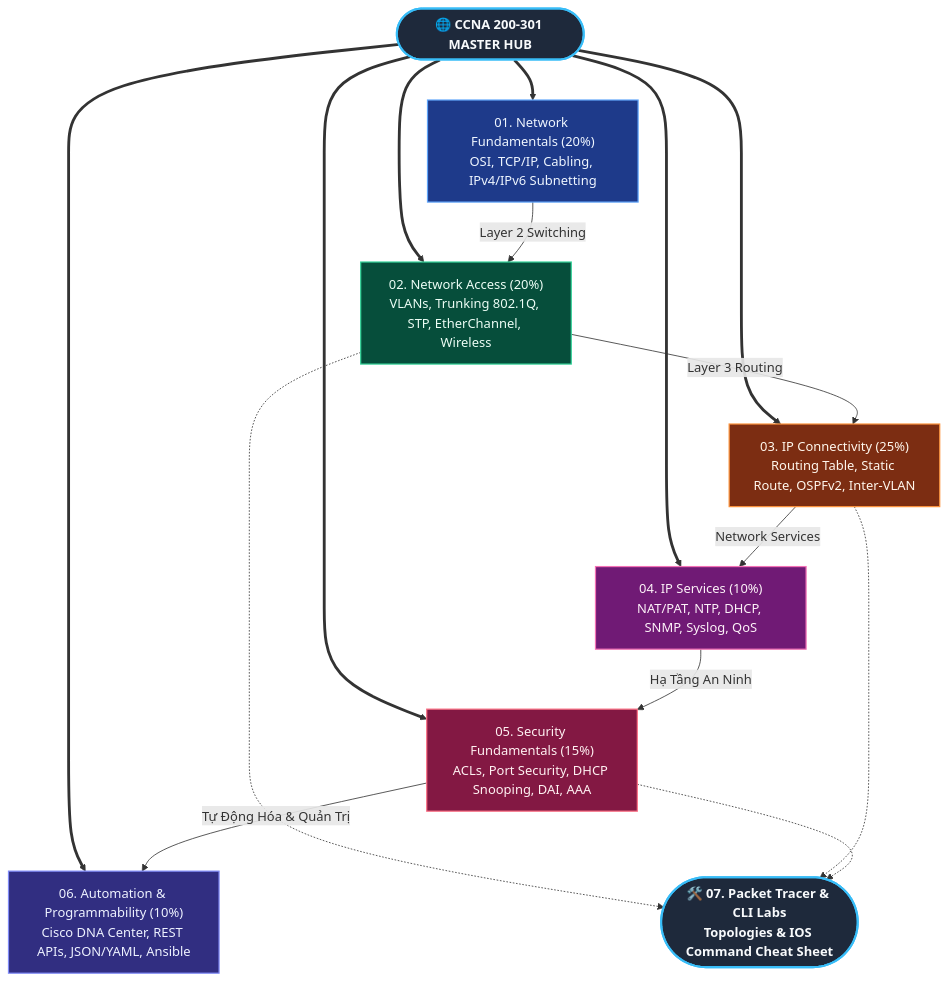
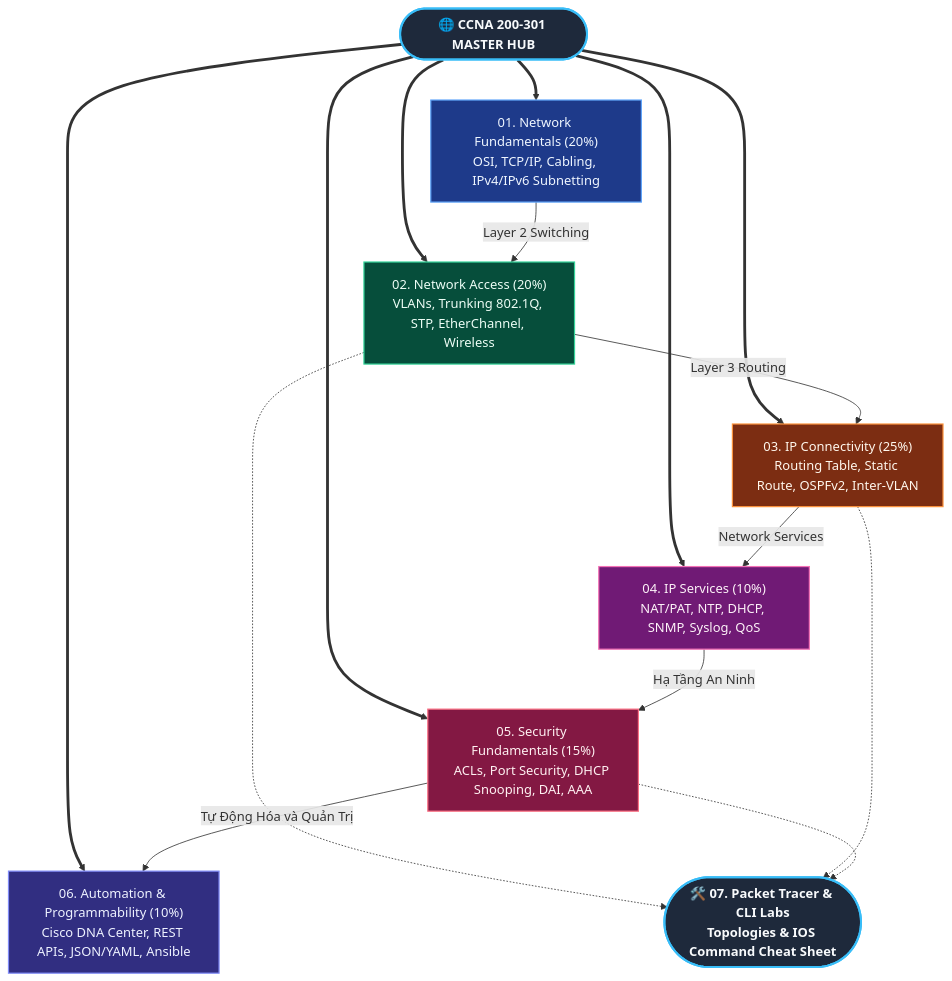
Before and after one commit to longhalo1803/second-brain: the diagram in Network-CCNA/00 - Maps of Content/00 - Master Dashboard.md, drawn with Mermaid. The commit also changed other lines of this file and 59 other files, not shown here.

Commit message:
feat(DSA-knowledge): update metadata, mermaid diagrams, and formatting across knowledge base notes

````diff
--- a/Network-CCNA/00 - Maps of Content/00 - Master Dashboard.md
+++ b/Network-CCNA/00 - Maps of Content/00 - Master Dashboard.md
@@ -29,38 +29,38 @@
 ```mermaid
 flowchart TD
     classDef main fill:#1e293b,stroke:#38bdf8,stroke-width:2.5px,color:#f8fafc,font-weight:bold;
     classDef l1 fill:#1e3a8a,stroke:#60a5fa,stroke-width:1.5px,color:#eff6ff;
     classDef l2 fill:#064e3b,stroke:#34d399,stroke-width:1.5px,color:#ecfdf5;
     classDef l3 fill:#7c2d12,stroke:#fb923c,stroke-width:1.5px,color:#fff7ed;
     classDef serv fill:#701a75,stroke:#f472b6,stroke-width:1.5px,color:#fdf2f8;
     classDef sec fill:#831843,stroke:#fb7185,stroke-width:1.5px,color:#fff1f2;
     classDef auto fill:#312e81,stroke:#818cf8,stroke-width:1.5px,color:#eef2ff;
 
     HUB(["🌐 CCNA 200-301 MASTER HUB"]):::main
 
     D1["01. Network Fundamentals (20%)\nOSI, TCP/IP, Cabling, IPv4/IPv6 Subnetting"]:::l1
     D2["02. Network Access (20%)\nVLANs, Trunking 802.1Q, STP, EtherChannel, Wireless"]:::l2
     D3["03. IP Connectivity (25%)\nRouting Table, Static Route, OSPFv2, Inter-VLAN"]:::l3
     D4["04. IP Services (10%)\nNAT/PAT, NTP, DHCP, SNMP, Syslog, QoS"]:::serv
     D5["05. Security Fundamentals (15%)\nACLs, Port Security, DHCP Snooping, DAI, AAA"]:::sec
     D6["06. Automation & Programmability (10%)\nCisco DNA Center, REST APIs, JSON/YAML, Ansible"]:::auto
 
     HUB ==> D1
     HUB ==> D2
     HUB ==> D3
     HUB ==> D4
     HUB ==> D5
     HUB ==> D6
 
     D1 -->|Layer 2 Switching| D2
     D2 -->|Layer 3 Routing| D3
     D3 -->|Network Services| D4
     D4 -->|Hạ Tầng An Ninh| D5
-    D5 -->|Tự Động Hóa & Quản Trị| D6
+    D5 -->|Tự Động Hóa và Quản Trị| D6
 
     %% Cross-Domain Link to Labs
     LABS(["🛠️ 07. Packet Tracer & CLI Labs\nTopologies & IOS Command Cheat Sheet"]):::main
     D2 -.-> LABS
     D3 -.-> LABS
     D5 -.-> LABS
 ```
````
